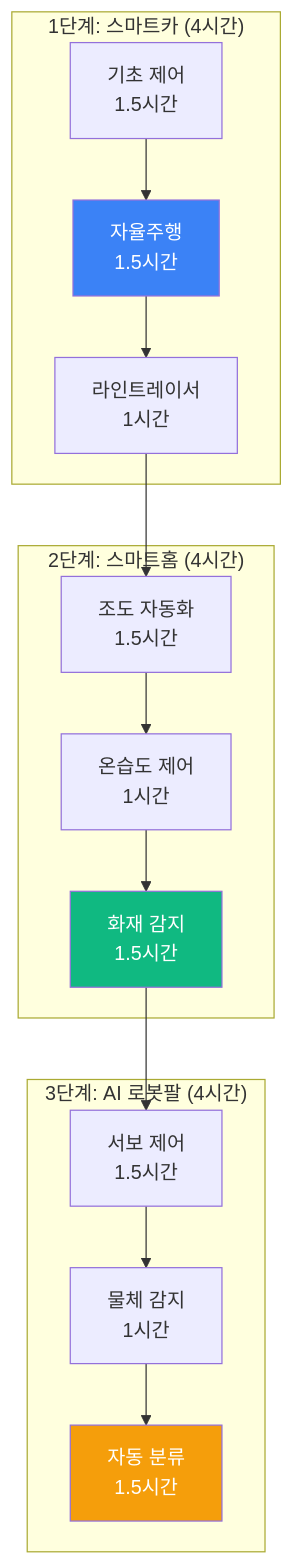
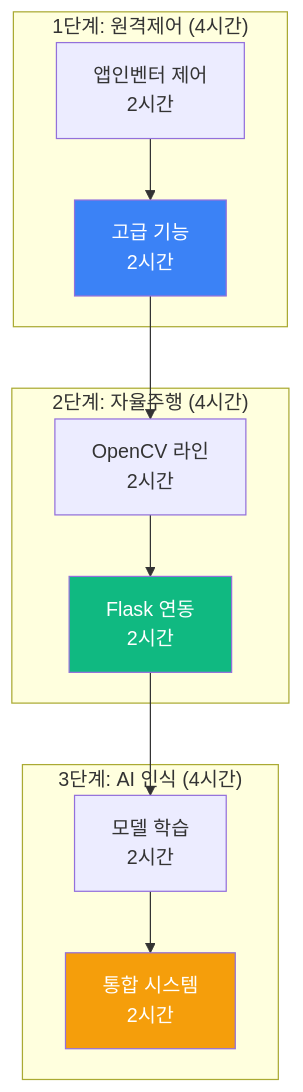
One commit to Collegenie-X/AIMakerLab_Web changed the third of 10 diagrams in documents/CURRICULUM/맛보기_아두이노_ESP32.md. Above: the diagram before and after it, drawn with Mermaid. The commit also changed other lines of this file and 3 other files, not shown here.

````diff
--- a/documents/CURRICULUM/맛보기_아두이노_ESP32.md
+++ b/documents/CURRICULUM/맛보기_아두이노_ESP32.md
@@ -120,30 +141,26 @@
 ```mermaid
 graph TB
-    subgraph "1단계: 스마트카 (4시간)"
-        C1[기초 제어<br/>1.5시간]
-        C2[자율주행<br/>1.5시간]
-        C3[라인트레이서<br/>1시간]
+    subgraph "1단계: 원격제어 (4시간)"
+        C1[앱인벤터 제어<br/>2시간]
+        C2[고급 기능<br/>2시간]
     end
     
-    subgraph "2단계: 스마트홈 (4시간)"
-        H1[조도 자동화<br/>1.5시간]
-        H2[온습도 제어<br/>1시간]
-        H3[화재 감지<br/>1.5시간]
+    subgraph "2단계: 자율주행 (4시간)"
+        H1[OpenCV 라인<br/>2시간]
+        H2[Flask 연동<br/>2시간]
     end
     
-    subgraph "3단계: AI 로봇팔 (4시간)"
-        R1[서보 제어<br/>1.5시간]
-        R2[물체 감지<br/>1시간]
-        R3[자동 분류<br/>1.5시간]
+    subgraph "3단계: AI 인식 (4시간)"
+        R1[모델 학습<br/>2시간]
+        R2[통합 시스템<br/>2시간]
     end
     
-    C1 --> C2 --> C3
-    C3 --> H1
-    H1 --> H2 --> H3
-    H3 --> R1
-    R1 --> R2 --> R3
+    C1 --> C2 --> H1
+    H1 --> H2
+    H2 --> R1
+    R1 --> R2
     
     style C2 fill:#3b82f6,color:#fff
-    style H3 fill:#10b981,color:#fff
-    style R3 fill:#f59e0b,color:#fff
+    style H2 fill:#10b981,color:#fff
+    style R2 fill:#f59e0b,color:#fff
 ```
````
